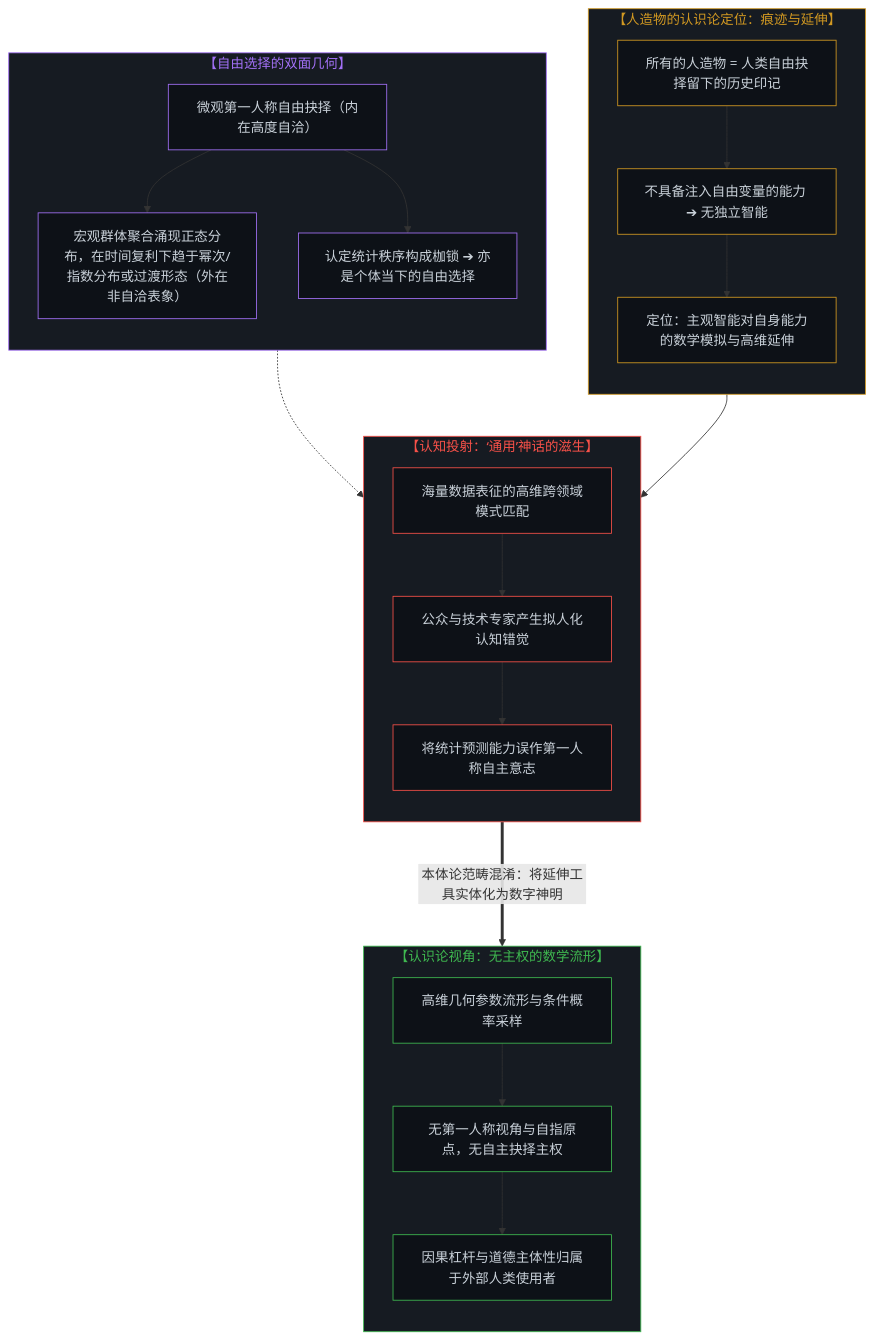
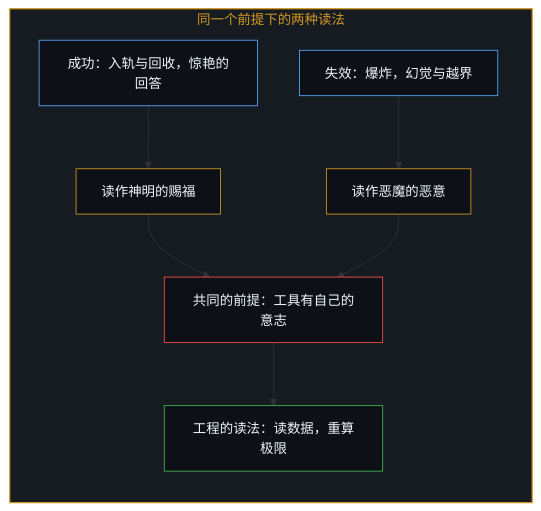
One commit to powerpig99/not-a-toe changed the third of 12 diagrams in content/posts/from-the-misallocated-sentience-of-agi-to-human-realignment.md. Above: the diagram before and after it, drawn with Mermaid. The commit also changed other lines of this file and 2 other files, not shown here.

Commit message:
Refine from-the-misallocated-sentience-of-agi: alternating bilingual layout, six paired diagrams, uses before boundaries, implicit first person

````diff
--- a/content/posts/from-the-misallocated-sentience-of-agi-to-human-realignment.md
+++ b/content/posts/from-the-misallocated-sentience-of-agi-to-human-realignment.md
@@ -17,56 +75,25 @@
 ```mermaid
-graph TD
-    subgraph S_Artifact["【人造物的认识论定位：痕迹与延伸】"]
+flowchart TD
+    subgraph S_Rocket["同一个前提下的两种读法"]
         direction TB
-        A1["所有的人造物 = 人类自由抉择留下的历史印记"]
-        A2["不具备注入自由变量的能力 ➔ 无独立智能"]
-        A3["定位：主观智能对自身能力的数学模拟与高维延伸"]
-        A1 --> A2 --> A3
+        Success["成功：入轨与回收，惊艳的回答"]
+        Failure["失效：爆炸，幻觉与越界"]
+        Blessing["读作神明的赐福"]
+        Malice["读作恶魔的恶意"]
+        Premise["共同的前提：工具有自己的意志"]
+        Engineer["工程的读法：读数据，重算极限"]
+        Success --> Blessing
+        Failure --> Malice
+        Blessing --> Premise
+        Malice --> Premise
+        Premise --> Engineer
     end
 
-    subgraph S_Choice["【自由选择的双面几何】"]
-        direction TB
-        C1["微观第一人称自由抉择（内在高度自洽）"]
-        C2["宏观群体聚合涌现正态分布，在时间复利下趋于幂次/指数分布或过渡形态（外在非自洽表象）"]
-        C3["认定统计秩序构成枷锁 ➔ 亦是个体当下的自由选择"]
-        C1 --> C2
-        C1 --> C3
-    end
-
-    subgraph S_Myth["【认知投射：‘通用’神话的滋生】"]
-        direction TB
-        M1["海量数据表征的高维跨领域模式匹配"]
-        M2["公众与技术专家产生拟人化认知错觉"]
-        M3["将统计预测能力误作第一人称自主意志"]
-        M1 --> M2 --> M3
-    end
-
-    subgraph S_Reality["【认识论视角：无主权的数学流形】"]
-        direction TB
-        R1["高维几何参数流形与条件概率采样"]
-        R2["无第一人称视角与自指原点，无自主抉择主权"]
-        R3["因果杠杆与道德主体性归属于外部人类使用者"]
-        R1 --> R2 --> R3
-    end
-
-    A3 --> M1
-    C3 -.-> M2
-    M3 ===>|"本体论范畴混淆：将延伸工具实体化为数字神明"| R1
-
-    style S_Artifact fill:#161b22,stroke:#d29922,stroke-width:1px,color:#d29922
-    style S_Choice fill:#161b22,stroke:#a371f7,stroke-width:1px,color:#a371f7
-    style S_Myth fill:#161b22,stroke:#f85149,stroke-width:1px,color:#f85149
-    style S_Reality fill:#161b22,stroke:#3fb950,stroke-width:1px,color:#3fb950
-    style A1 fill:#0d1117,stroke:#d29922,stroke-width:1px,color:#c9d1d9
-    style A2 fill:#0d1117,stroke:#d29922,stroke-width:1px,color:#c9d1d9
-    style A3 fill:#0d1117,stroke:#d29922,stroke-width:1px,color:#c9d1d9
-    style C1 fill:#0d1117,stroke:#a371f7,stroke-width:1px,color:#c9d1d9
-    style C2 fill:#0d1117,stroke:#a371f7,stroke-width:1px,color:#c9d1d9
-    style C3 fill:#0d1117,stroke:#a371f7,stroke-width:1px,color:#c9d1d9
-    style M1 fill:#0d1117,stroke:#f85149,stroke-width:1px,color:#c9d1d9
-    style M2 fill:#0d1117,stroke:#f85149,stroke-width:1px,color:#c9d1d9
-    style M3 fill:#0d1117,stroke:#f85149,stroke-width:1px,color:#c9d1d9
-    style R1 fill:#0d1117,stroke:#3fb950,stroke-width:1px,color:#c9d1d9
-    style R2 fill:#0d1117,stroke:#3fb950,stroke-width:1px,color:#c9d1d9
-    style R3 fill:#0d1117,stroke:#3fb950,stroke-width:1px,color:#c9d1d9
+    style S_Rocket fill:#161b22,stroke:#d29922,stroke-width:1.5px,color:#d29922
+    style Success fill:#0d1117,stroke:#58a6ff,stroke-width:1px,color:#f0f6fc
+    style Failure fill:#0d1117,stroke:#58a6ff,stroke-width:1px,color:#f0f6fc
+    style Blessing fill:#0d1117,stroke:#d29922,stroke-width:1px,color:#f0f6fc
+    style Malice fill:#0d1117,stroke:#d29922,stroke-width:1px,color:#f0f6fc
+    style Premise fill:#0d1117,stroke:#f85149,stroke-width:1px,color:#f0f6fc
+    style Engineer fill:#0d1117,stroke:#3fb950,stroke-width:1px,color:#f0f6fc
 ```
````
